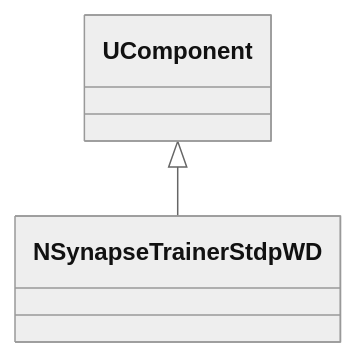
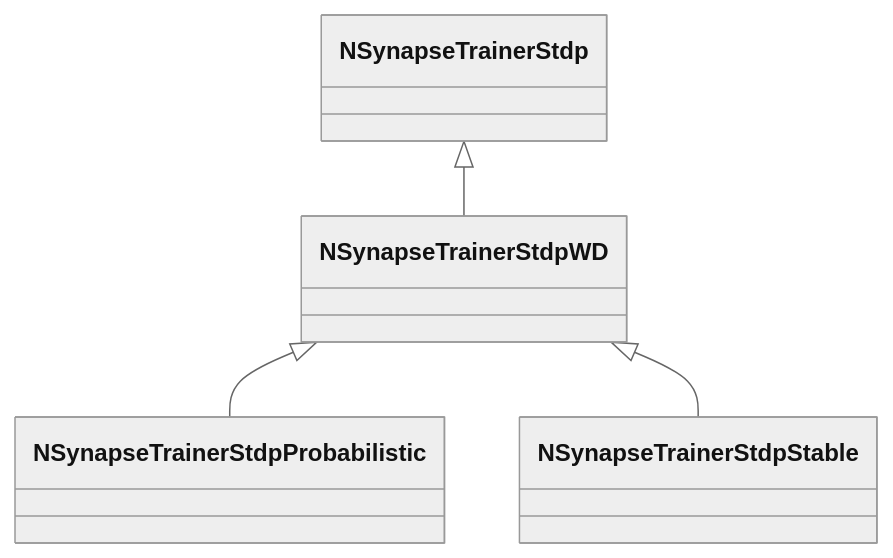
Before and after one commit to aicommunity/Nmsdk-PulseLib: the second of 2 diagrams in Docs/Components/NSynapseTrainerStdpWD.md, drawn with Mermaid (neutral theme). The commit also changed other lines of this file and 196 other files, not shown here.

````diff
--- a/Docs/Components/NSynapseTrainerStdpWD.md
+++ b/Docs/Components/NSynapseTrainerStdpWD.md
@@ -69,4 +102,6 @@
 ```mermaid
 classDiagram
-    UComponent <|-- NSynapseTrainerStdpWD
+    NSynapseTrainerStdp <|-- NSynapseTrainerStdpWD
+    NSynapseTrainerStdpWD <|-- NSynapseTrainerStdpProbabilistic
+    NSynapseTrainerStdpWD <|-- NSynapseTrainerStdpStable
 ```
````
